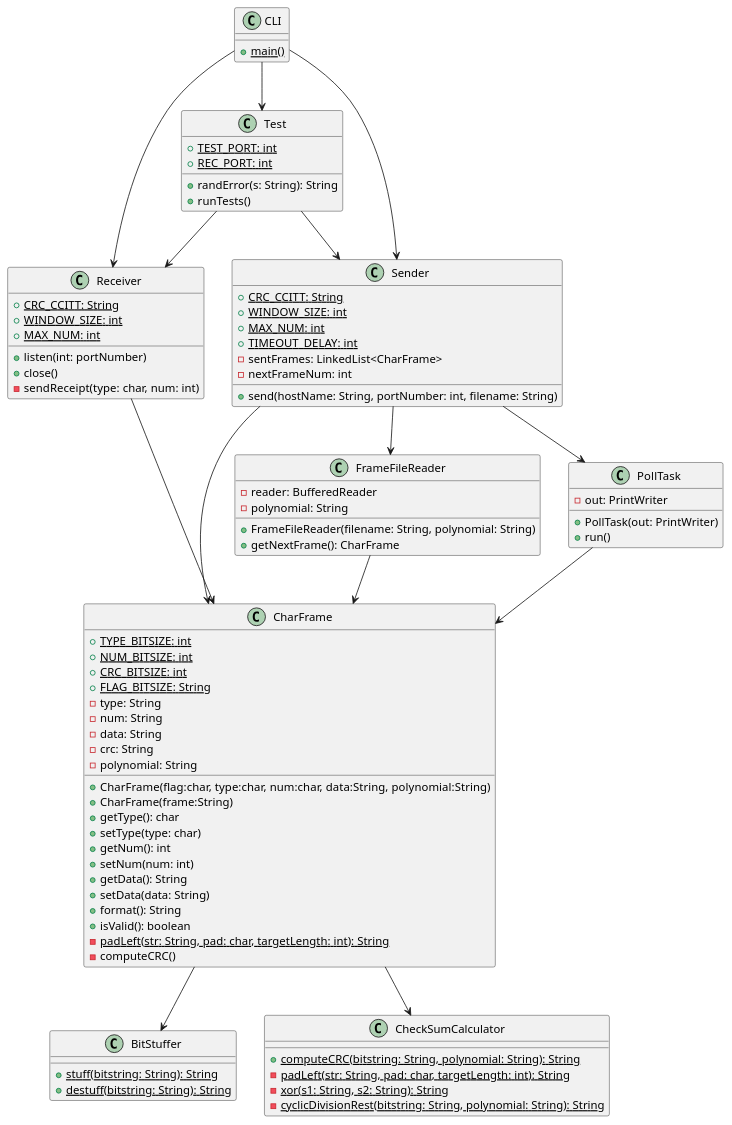
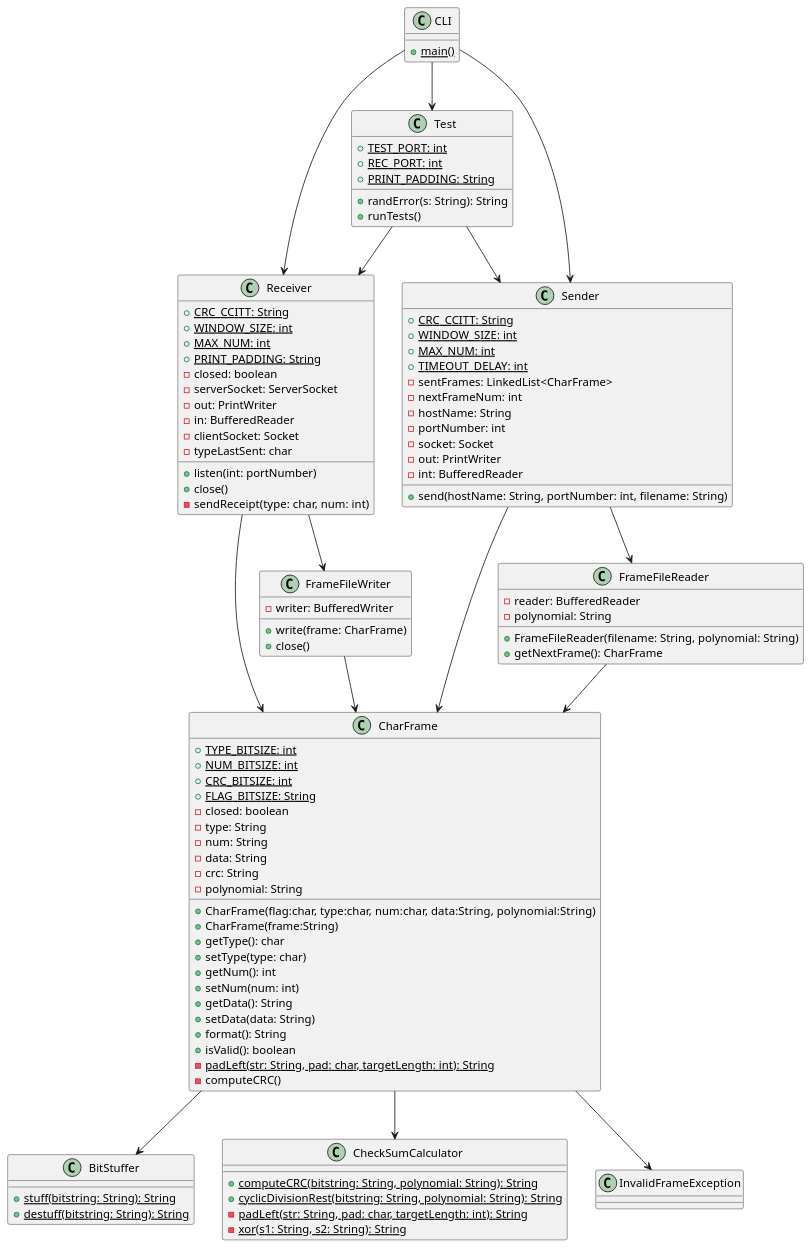
Before and after one commit to elisezhg/IFT3325-TP2: the diagram in rapport/class.pu, drawn with PlantUML. The commit also changed 14 other files, not shown here.

```diff
--- a/rapport/class.pu
+++ b/rapport/class.pu
@@ -1,106 +1,127 @@
 @startuml Diagramme de classe
 skinparam defaultFontName Courier 10 Pitch
 
 class BitStuffer {
     {static} +stuff(bitstring: String): String
     {static} +destuff(bitstring: String): String
 }
 
 class CheckSumCalculator {
     {static} +computeCRC(bitstring: String, polynomial: String): String
+    {static} +cyclicDivisionRest(bitstring: String, polynomial: String): String
     {static} -padLeft(str: String, pad: char, targetLength: int): String
     {static} -xor(s1: String, s2: String): String
-    {static} -cyclicDivisionRest(bitstring: String, polynomial: String): String
+}
+
+class InvalidFrameException {
+
 }
 
 class CharFrame {
     {static} +TYPE_BITSIZE: int
     {static} +NUM_BITSIZE: int
     {static} +CRC_BITSIZE: int
     {static} +FLAG_BITSIZE: String
+    -closed: boolean
     -type: String
     -num: String
     -data: String
     -crc: String
     -polynomial: String
 
 	+CharFrame(flag:char, type:char, num:char, data:String, polynomial:String)
 	+CharFrame(frame:String)
     +getType(): char
     +setType(type: char)
     +getNum(): int
     +setNum(num: int)
     +getData(): String
     +setData(data: String)
     +format(): String
     +isValid(): boolean
     {static} -padLeft(str: String, pad: char, targetLength: int): String
     -computeCRC()
 }
 
 class FrameFileReader {
     -reader: BufferedReader
     -polynomial: String
 
     +FrameFileReader(filename: String, polynomial: String)
     +getNextFrame(): CharFrame
 }
 
+class FrameFileWriter {
+    -writer: BufferedWriter
+
+    +write(frame: CharFrame)
+    +close()
+}
+
 Class Receiver {
     {static} +CRC_CCITT: String
     {static} +WINDOW_SIZE: int
     {static} +MAX_NUM: int
+    {static} +PRINT_PADDING: String
+    -closed: boolean
+    -serverSocket: ServerSocket
+    -out: PrintWriter
+    -in: BufferedReader
+    -clientSocket: Socket
+    -typeLastSent: char
     
     +listen(int: portNumber)
     +close()
     -sendReceipt(type: char, num: int)
 }
 
 Class Sender {
     {static} +CRC_CCITT: String
     {static} +WINDOW_SIZE: int
     {static} +MAX_NUM: int
     {static} +TIMEOUT_DELAY: int
     -sentFrames: LinkedList<CharFrame>
     -nextFrameNum: int
+    -hostName: String
+    -portNumber: int
+    -socket: Socket
+    -out: PrintWriter
+    -int: BufferedReader
 
     +send(hostName: String, portNumber: int, filename: String) 
-}
-
-class PollTask {
-    -out: PrintWriter
-    +PollTask(out: PrintWriter)
-    +run()
 }
 
 Class CLI {
     {static} +main()
 }
 
 Class Test {
     {static} +TEST_PORT: int
     {static} +REC_PORT: int
+    {static} +PRINT_PADDING: String
 
     +randError(s: String): String
     +runTests()
 }
 
 CLI --> Test
 Test --> Receiver
 Test --> Sender
 
 CLI --> Receiver
 CLI --> Sender
 
 Receiver --> CharFrame
 Sender --> CharFrame
+
+Receiver --> FrameFileWriter
 Sender --> FrameFileReader
-Sender --> PollTask
 
+FrameFileWriter --> CharFrame
 FrameFileReader --> CharFrame
-PollTask --> CharFrame
 
 CharFrame --> BitStuffer
 CharFrame --> CheckSumCalculator
+CharFrame --> InvalidFrameException
 
 @enduml
```
